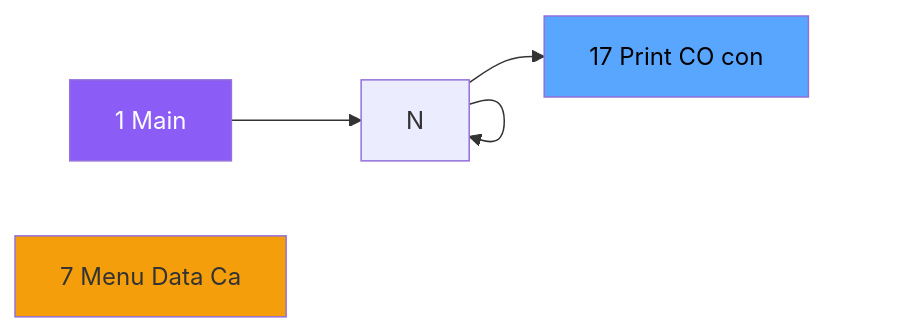
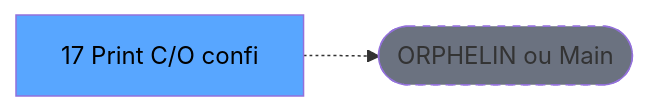
The second of 3 diagrams in .openspec/renders/ADH-IDE-17.md (thonyAGP/lecteur-magic), drawn with Mermaid before and after one commit. The commit also changed other lines of this file and 701 other files, not shown here.

````diff
--- a/.openspec/renders/ADH-IDE-17.md
+++ b/.openspec/renders/ADH-IDE-17.md
@@ -109,13 +119,8 @@
 ```mermaid
 graph LR
-    M[1 Main]
-    N7[7 Menu Data Ca]
-    T[17 Print CO con]
-    M --> N
-    N --> N
-    N --> N
-    N --> T
-    style M fill:#8b5cf6,color:#fff
-    style N7 fill:#f59e0b
+    T[17 Print C/O confi]
+    ORPHAN([ORPHELIN ou Main])
+    T -.-> ORPHAN
     style T fill:#58a6ff,color:#000
+    style ORPHAN fill:#6b7280,stroke-dasharray: 5 5
 ```
````
